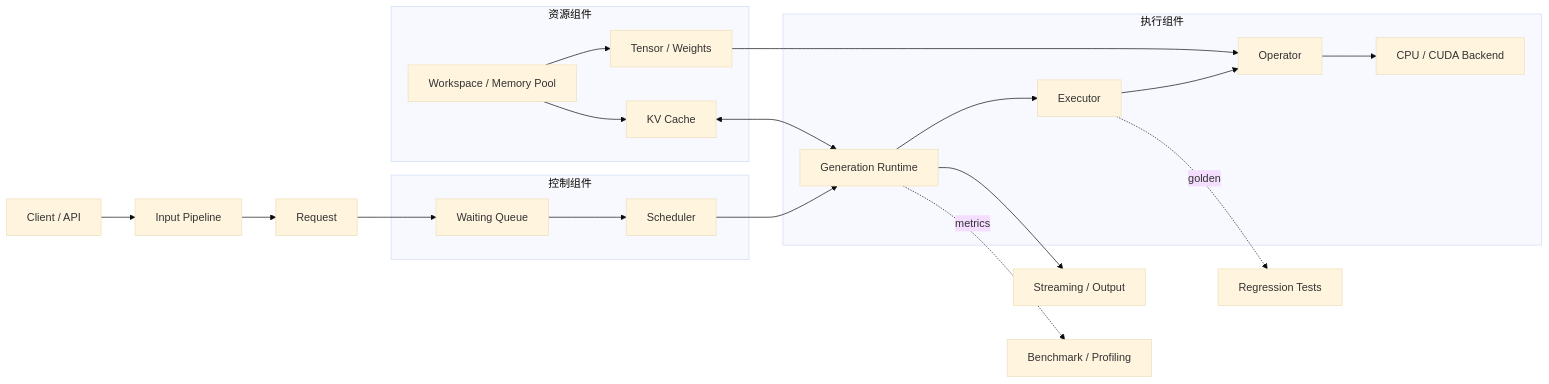
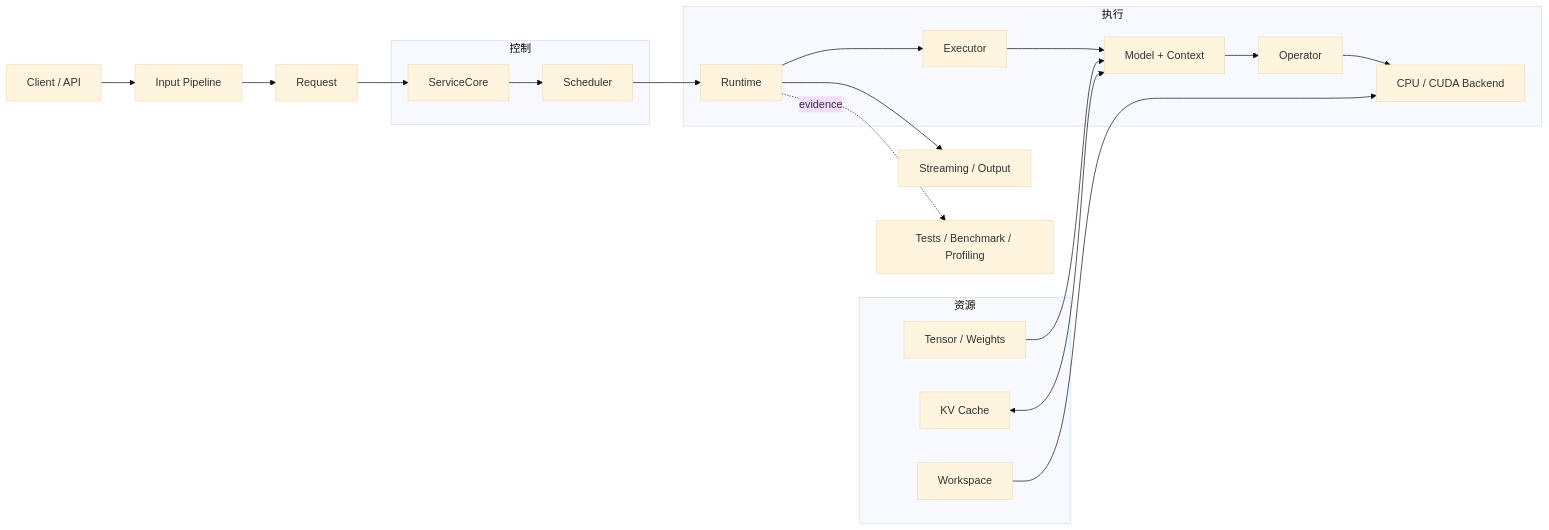
The diagram in source/reference/inference_engine_systems.md (datawhalechina/cpp-llm-engine), drawn with Mermaid (base theme) before and after one commit. The commit also changed other lines of this file and 26 other files, not shown here.

````diff
--- a/source/reference/inference_engine_systems.md
+++ b/source/reference/inference_engine_systems.md
@@ -77,34 +67,32 @@
 ```mermaid
 flowchart LR
     Client[Client / API] --> Input[Input Pipeline]
     Input --> Request[Request]
 
-    subgraph Control[控制组件]
-        Queue[Waiting Queue]
+    subgraph Control[控制]
+        Service[ServiceCore]
         Scheduler[Scheduler]
     end
 
-    subgraph RuntimeLayer[执行组件]
-        Runtime[Generation Runtime]
+    subgraph Execution[执行]
+        Runtime[Runtime]
         Executor[Executor]
+        Model[Model + Context]
         Operator[Operator]
         Backend[CPU / CUDA Backend]
     end
 
-    subgraph Resources[资源组件]
+    subgraph Resources[资源]
         Tensor[Tensor / Weights]
         Cache[KV Cache]
-        Memory[Workspace / Memory Pool]
+        Workspace[Workspace]
     end
 
-    Request --> Queue --> Scheduler --> Runtime
-    Runtime --> Executor --> Operator --> Backend
-    Tensor --> Operator
-    Memory --> Tensor
-    Memory --> Cache
-    Cache <--> Runtime
+    Request --> Service --> Scheduler --> Runtime
+    Runtime --> Executor --> Model --> Operator --> Backend
+    Tensor --> Model
+    Cache <--> Model
+    Workspace --> Backend
     Runtime --> Output[Streaming / Output]
-
-    Runtime -. metrics .-> Observe[Benchmark / Profiling]
-    Executor -. golden .-> Tests[Regression Tests]
+    Runtime -. evidence .-> Observe[Tests / Benchmark / Profiling]
 ```
````
